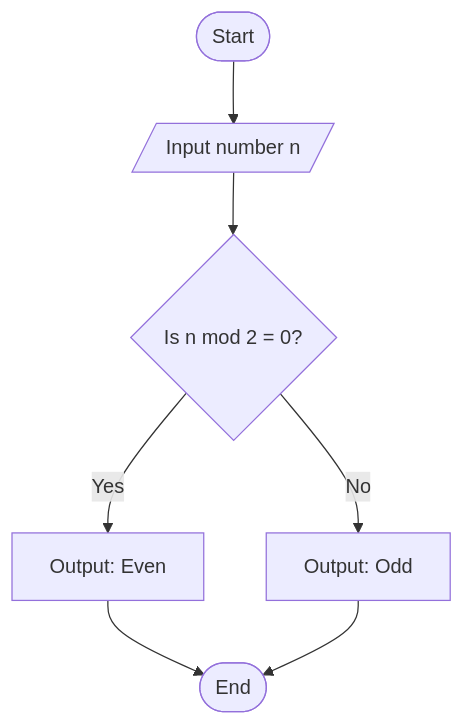
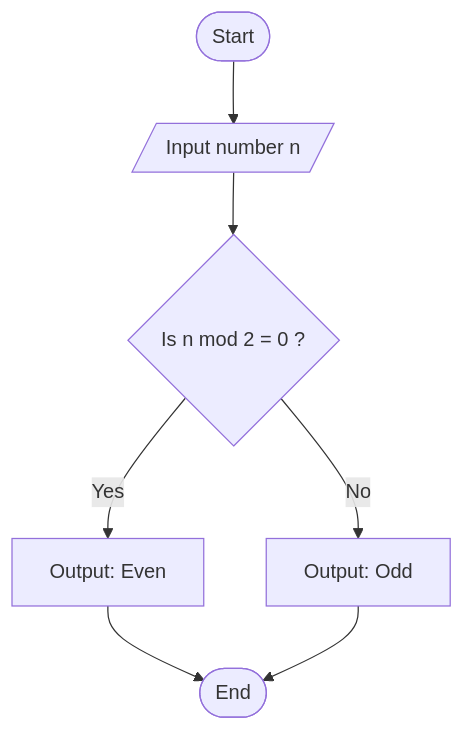
One commit to Padmaqaauto/Flowchart_and_Pseudocode changed the diagram in Algorithms/Even_or_Odd.md. Above: the diagram before and after it, drawn with Mermaid. The commit also changed 12 other files, not shown here.

````diff
--- a/Algorithms/Even_or_Odd.md
+++ b/Algorithms/Even_or_Odd.md
@@ -28,10 +28,10 @@
 ```mermaid
   flowchart TD
     start(["Start"]) --> input[/"Input number n"/]
-    input --> check{"Is n mod 2 = 0?"}
+    input --> check{"Is n mod 2 = 0 ?"}
     check -->|Yes| even["Output: Even"]
     check -->|No| odd["Output: Odd"]
     even --> finish(["End"])
     odd --> finish
 
 ```
````
